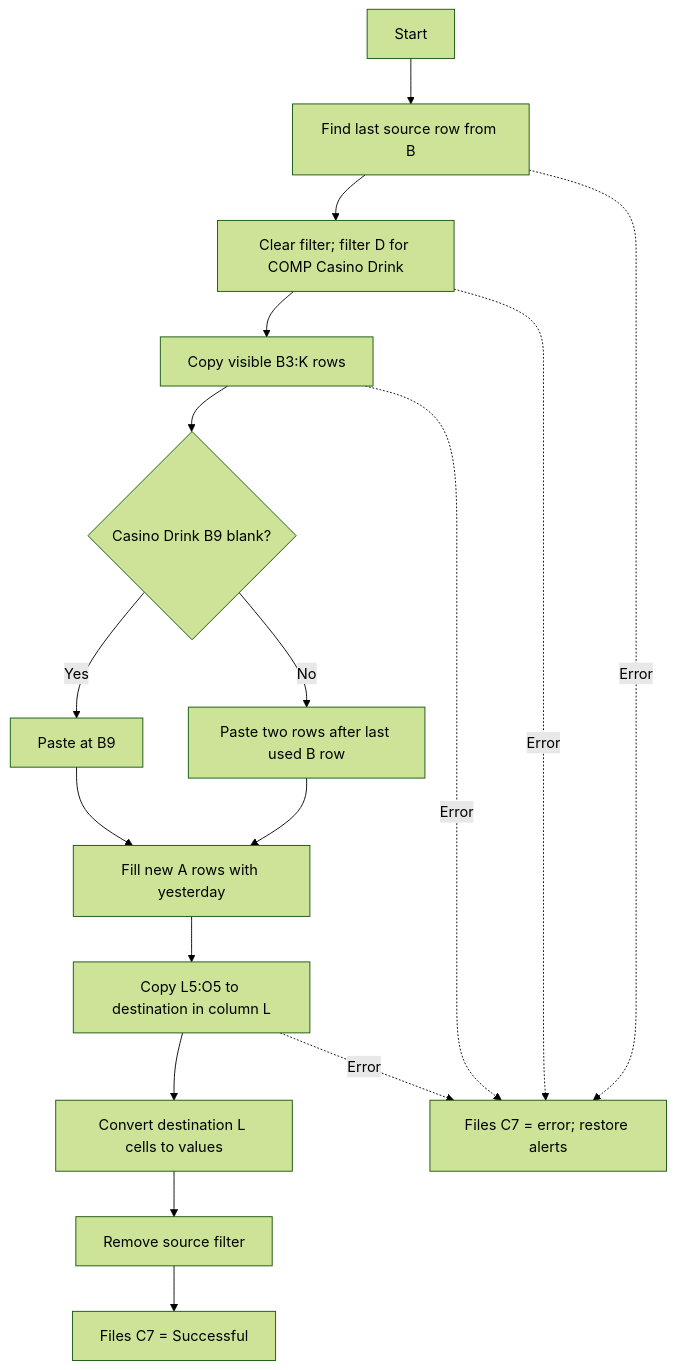
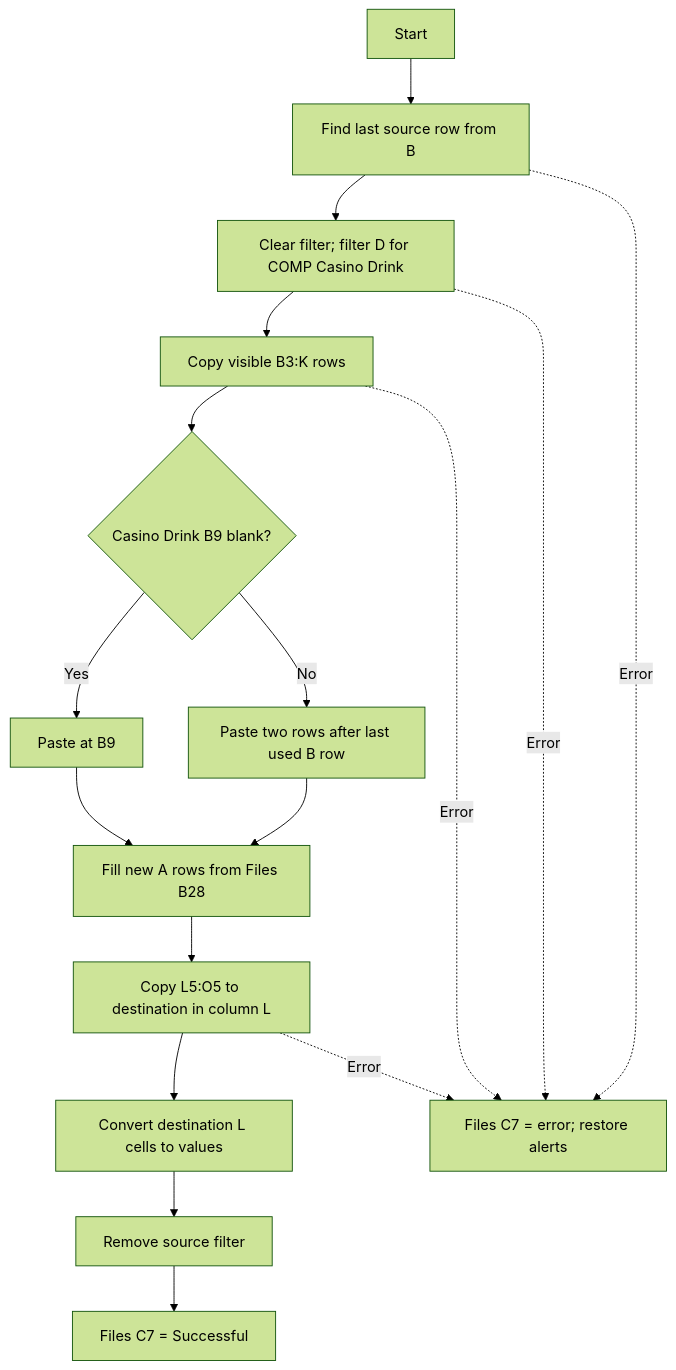
One commit to moonstarph23/Common-Script changed the ninth of 16 diagrams in Other Comps/VBA_DOCUMENTATION.md. Above: the diagram before and after it, drawn with Mermaid (forest theme). The commit also changed other lines of this file and 10 other files, not shown here.

````diff
--- a/Other Comps/VBA_DOCUMENTATION.md
+++ b/Other Comps/VBA_DOCUMENTATION.md
@@ -480,19 +503,19 @@
 ```mermaid
 flowchart TD
     A["Start"] --> B["Find last source row from B"]
     B --> C["Clear filter; filter D for COMP Casino Drink"]
     C --> D["Copy visible B3:K rows"]
     D --> E{"Casino Drink B9 blank?"}
     E -- "Yes" --> F["Paste at B9"]
     E -- "No" --> G["Paste two rows after last used B row"]
-    F --> H["Fill new A rows with yesterday"]
+    F --> H["Fill new A rows from Files B28"]
     G --> H
     H --> I["Copy L5:O5 to destination in column L"]
     I --> J["Convert destination L cells to values"]
     J --> K["Remove source filter"]
     K --> L["Files C7 = Successful"]
     B -. "Error" .-> X["Files C7 = error; restore alerts"]
     C -. "Error" .-> X
     D -. "Error" .-> X
     I -. "Error" .-> X
 ```
````
